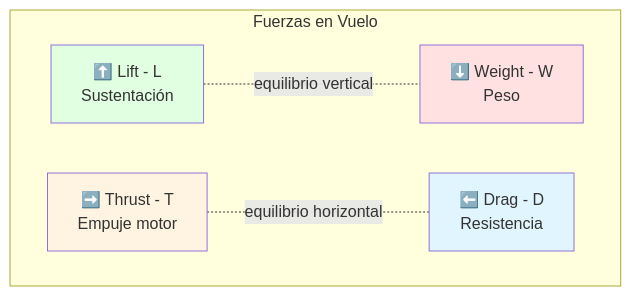
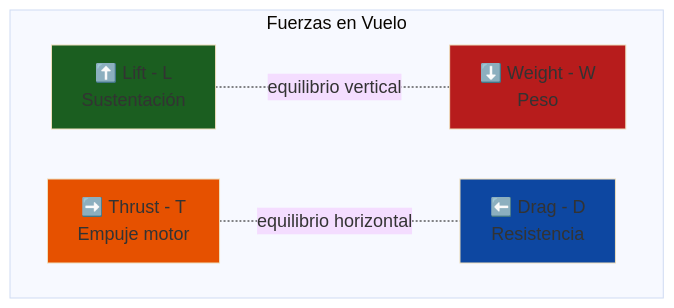
One commit to Ai-Whisperers/Courses-Content changed the third of 4 diagrams in courses/🟡-development/FPUNA-2026/03-INGENIERIA-AERONAUTICA/02-aerodinamica-cfd.md. Above: the diagram before and after it, drawn with Mermaid. The commit also changed other lines of this file and 47 other files, not shown here.

First line of the commit message:
fix: Make all 473 diagrams WCAG AAA accessible (FPUNA-2026)

````diff
--- a/courses/🟡-development/FPUNA-2026/03-INGENIERIA-AERONAUTICA/02-aerodinamica-cfd.md
+++ b/courses/🟡-development/FPUNA-2026/03-INGENIERIA-AERONAUTICA/02-aerodinamica-cfd.md
@@ -109,17 +111,18 @@
 ```mermaid
+%%{init: {'theme':'base', 'themeVariables': {'fontSize':'18px'}}}%%
 graph TD
     subgraph "Fuerzas en Vuelo"
         A[⬆️ Lift - L<br/>Sustentación]
         B[➡️ Thrust - T<br/>Empuje motor]
         C[⬇️ Weight - W<br/>Peso]
         D[⬅️ Drag - D<br/>Resistencia]
         
         A -.equilibrio vertical.- C
         B -.equilibrio horizontal.- D
     end
     
-    style A fill:#E1FFE1
-    style B fill:#FFF4E1
-    style C fill:#FFE1E1
-    style D fill:#E1F5FF
+    style A fill:#1b5e20
+    style B fill:#e65100
+    style C fill:#b71c1c
+    style D fill:#0d47a1
 ```
````
